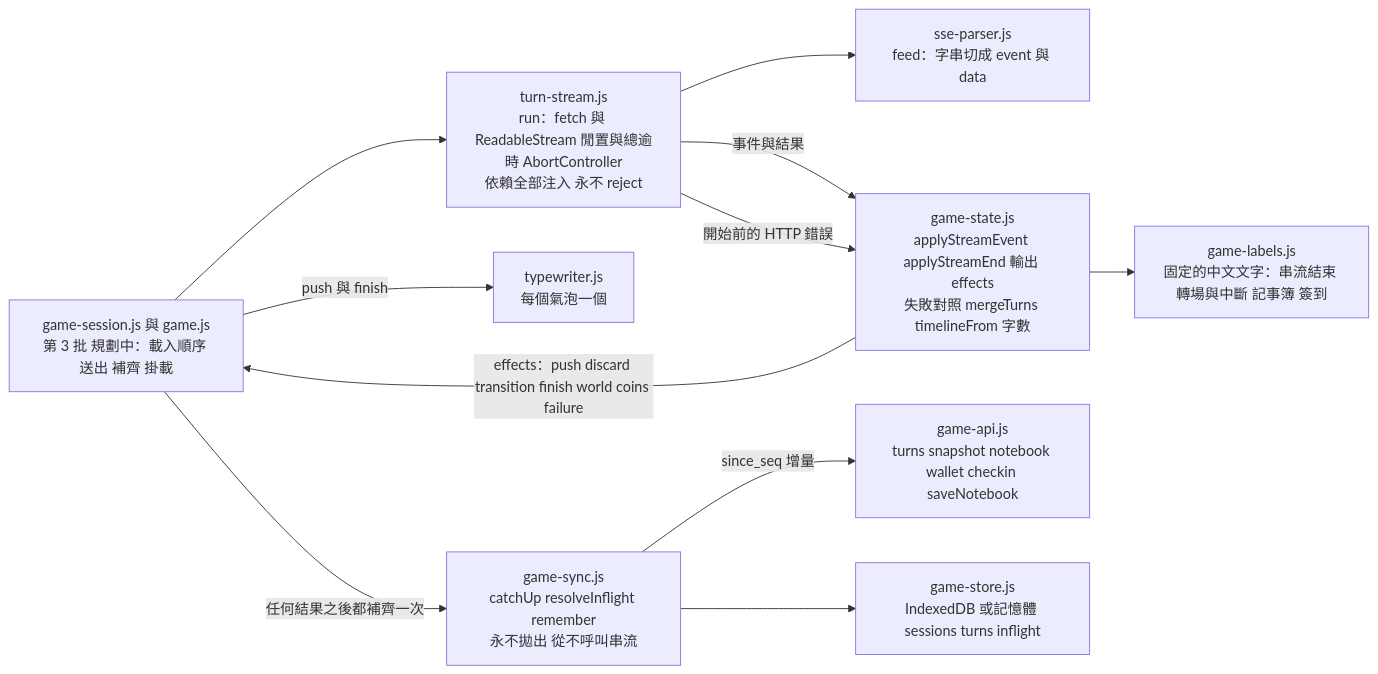
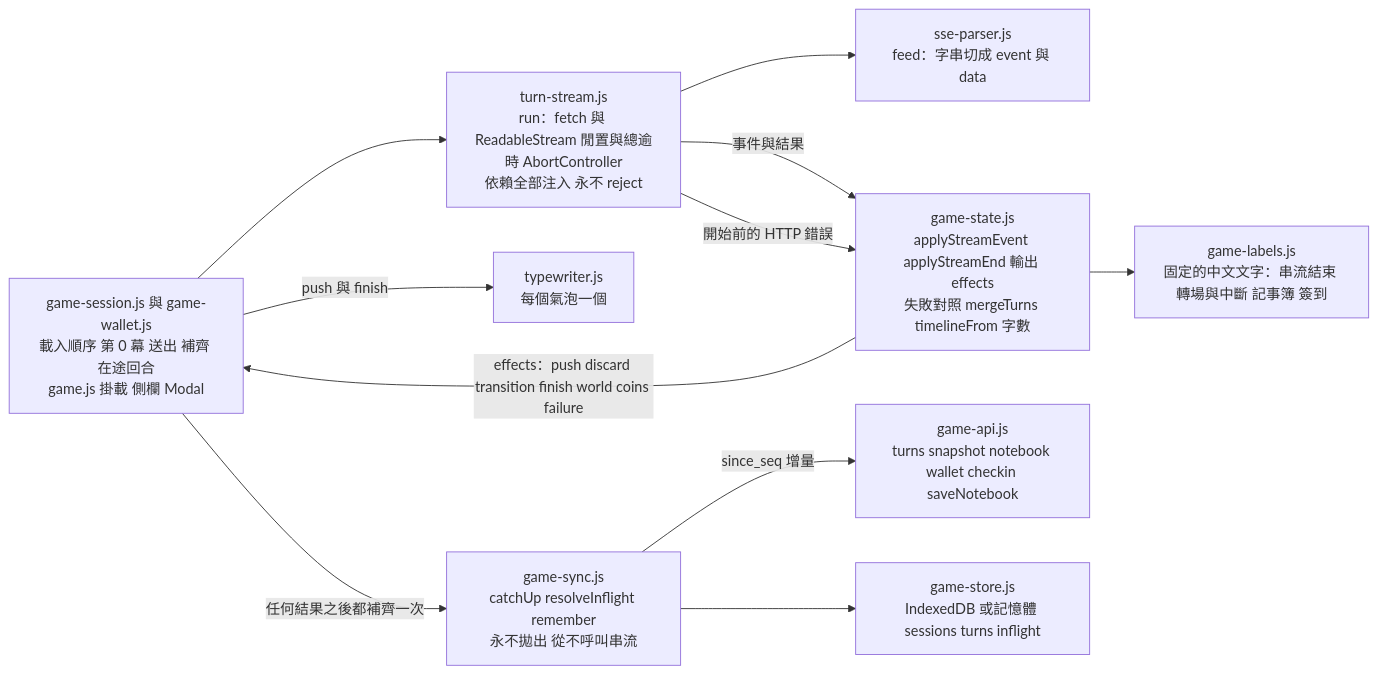
One commit to pp466pp466/R.A.C changed the ninth of 12 diagrams in docs/前端結構-frontend.md. Above: the diagram before and after it, drawn with Mermaid. The commit also changed other lines of this file and 21 other files, not shown here.

First line of the commit message:
rpg-game-ui 批次 3：遊戲主畫面（外殼與樣板、樣式、錢包、session、掛載與端到端整合）

````diff
--- a/docs/前端結構-frontend.md
+++ b/docs/前端結構-frontend.md
@@ -203,13 +204,13 @@
 ```mermaid
 flowchart LR
-    Run["game-session.js 與 game.js<br/>第 3 批 規劃中：載入順序 送出 補齊 掛載"] --> Ts
+    Run["game-session.js 與 game-wallet.js<br/>載入順序 第 0 幕 送出 補齊 在途回合<br/>game.js 掛載 側欄 Modal"] --> Ts
     Ts["turn-stream.js<br/>run：fetch 與 ReadableStream 閒置與總逾時 AbortController<br/>依賴全部注入 永不 reject"] --> Sse["sse-parser.js<br/>feed：字串切成 event 與 data"]
     Ts -->|"事件與結果"| Gs["game-state.js<br/>applyStreamEvent applyStreamEnd 輸出 effects<br/>失敗對照 mergeTurns timelineFrom 字數"]
     Ts -->|"開始前的 HTTP 錯誤"| Gs
     Gs --> Labels["game-labels.js<br/>固定的中文文字：串流結束 轉場與中斷 記事簿 簽到"]
     Gs -->|"effects：push discard transition finish world coins failure"| Run
     Run -->|"push 與 finish"| Tw["typewriter.js<br/>每個氣泡一個"]
     Run -->|"任何結果之後都補齊一次"| Sync["game-sync.js<br/>catchUp resolveInflight remember<br/>永不拋出 從不呼叫串流"]
     Sync -->|"since_seq 增量"| Api["game-api.js<br/>turns snapshot notebook wallet checkin saveNotebook"]
     Sync --> Store["game-store.js<br/>IndexedDB 或記憶體 sessions turns inflight"]
 ```
````
